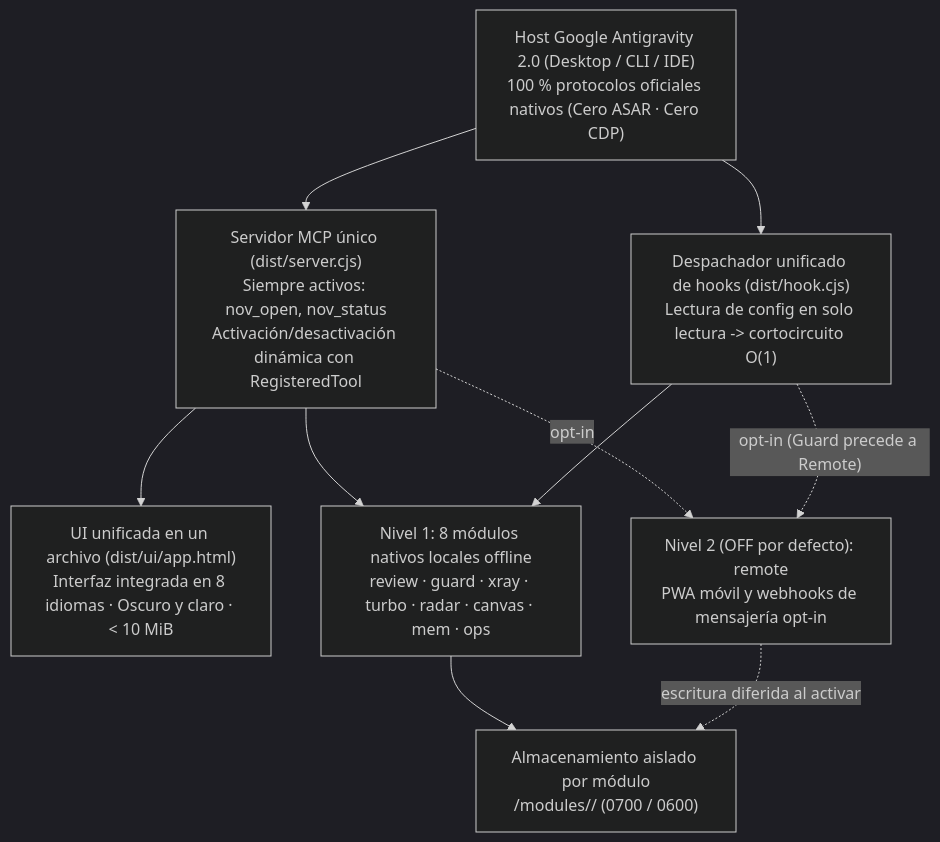
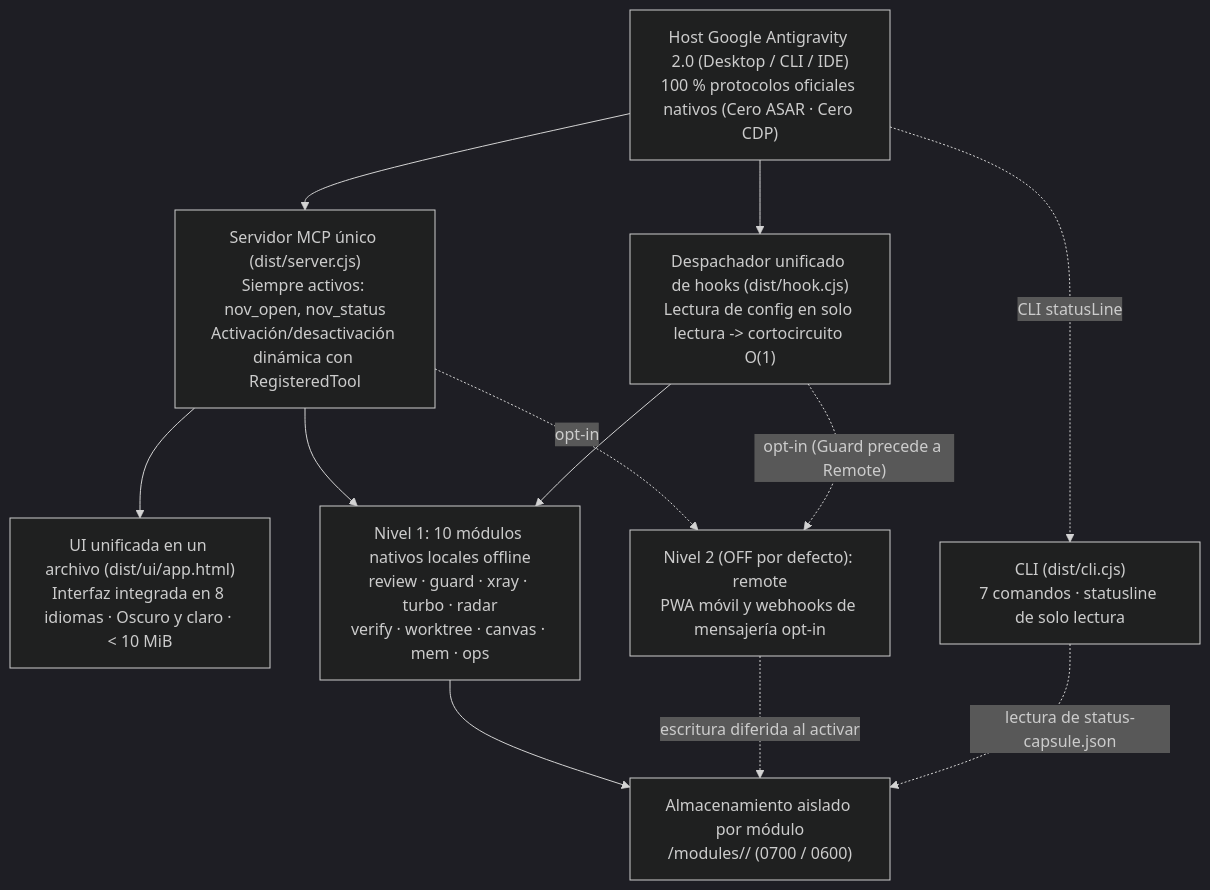
One commit to tone-leh/agy-NOV changed the diagram in docs/i18n/README.es.md. Above: the diagram before and after it, drawn with Mermaid (dark theme). The commit also changed other lines of this file and 60 other files, not shown here.

Commit message:
feat(v0.3.0): Verify Gate Stop-hook, Git Worktree Orchestrator, Swarm Lineage telemetry & CLI statusline

````diff
--- a/docs/i18n/README.es.md
+++ b/docs/i18n/README.es.md
@@ -190,20 +194,23 @@
 ```mermaid
 flowchart TB
   Host["Host Google Antigravity 2.0 (Desktop / CLI / IDE)\n100 % protocolos oficiales nativos (Cero ASAR · Cero CDP)"]
   MCP["Servidor MCP único (dist/server.cjs)\nSiempre activos: nov_open, nov_status\nActivación/desactivación dinámica con RegisteredTool"]
   UI["UI unificada en un archivo (dist/ui/app.html)\nInterfaz integrada en 8 idiomas · Oscuro y claro · < 10 MiB"]
   Hook["Despachador unificado de hooks (dist/hook.cjs)\nLectura de config en solo lectura -> cortocircuito O(1)"]
+  CLI["CLI (dist/cli.cjs)\n7 comandos · statusline de solo lectura"]
   Store["Almacenamiento aislado por módulo\n<dataDir>/modules/<id>/ (0700 / 0600)"]
-  T1["Nivel 1: 8 módulos nativos locales offline\nreview · guard · xray · turbo · radar · canvas · mem · ops"]
+  T1["Nivel 1: 10 módulos nativos locales offline\nreview · guard · xray · turbo · radar\nverify · worktree · canvas · mem · ops"]
   T2R["Nivel 2 (OFF por defecto): remote\nPWA móvil y webhooks de mensajería opt-in"]
 
   Host --> MCP
   Host --> Hook
+  Host -. "CLI statusLine" .-> CLI
   MCP --> UI
   MCP --> T1
   MCP -. "opt-in" .-> T2R
   Hook --> T1
   Hook -. "opt-in (Guard precede a Remote)" .-> T2R
   T1 --> Store
   T2R -. "escritura diferida al activar" .-> Store
+  CLI -. "lectura de status-capsule.json" .-> Store
 ```
````
